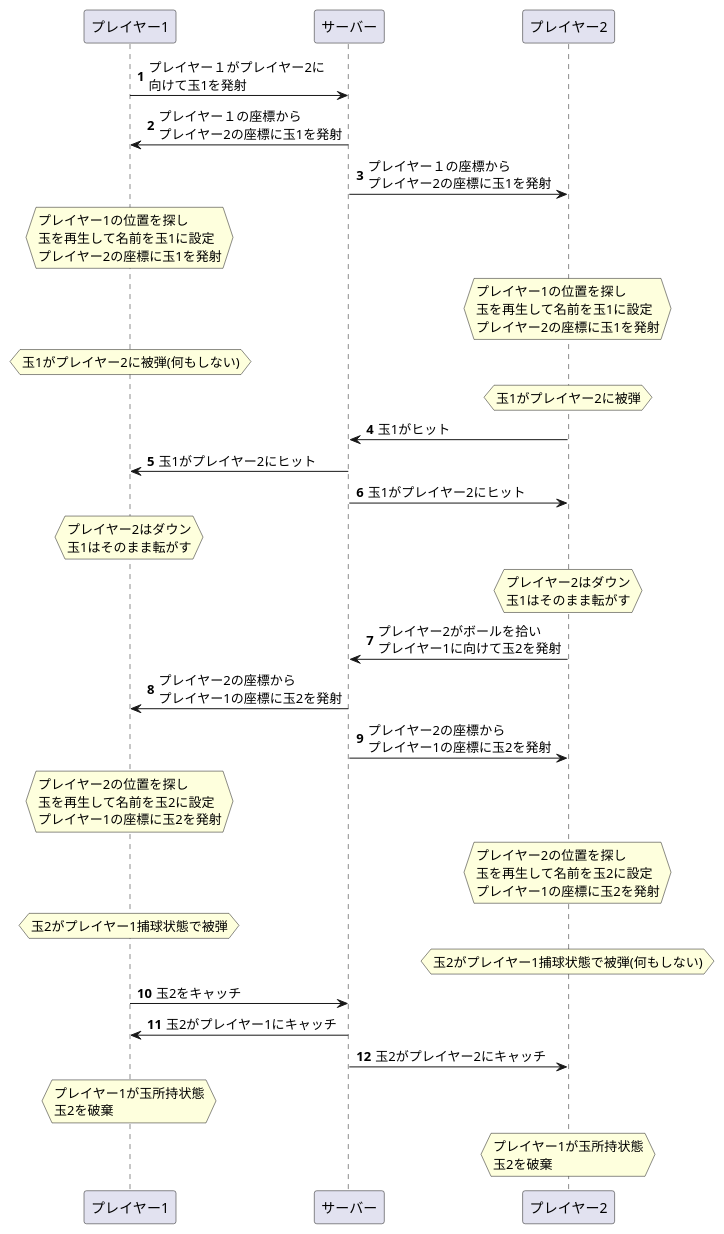
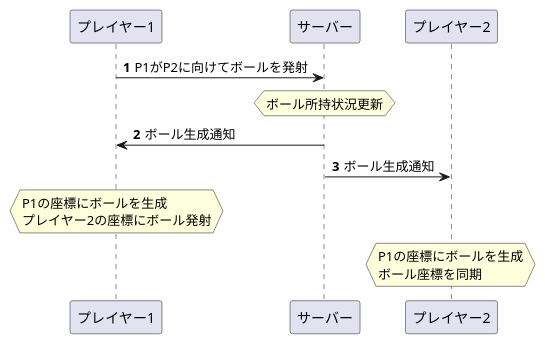
Before and after one commit to Neko-r1oN/real-timeGame: the diagram in Document/ThrowBall.puml, drawn with PlantUML. The commit also changed 6 other files, not shown here.

Commit message:
シーケンス図整理

```diff
--- a/Document/ThrowBall.puml
+++ b/Document/ThrowBall.puml
@@ -1,49 +1,19 @@
 @startuml
 
 'botシーケンス図'
 
 participant プレイヤー1
 participant サーバー
 participant プレイヤー2
 
 autonumber
-プレイヤー1 -> サーバー:プレイヤー１がプレイヤー2に\n向けて玉1を発射
-プレイヤー1 <- サーバー:プレイヤー１の座標から\nプレイヤー2の座標に玉1を発射
-プレイヤー2 <- サーバー:プレイヤー１の座標から\nプレイヤー2の座標に玉1を発射
+プレイヤー1 -> サーバー:P1がP2に向けてボールを発射
+hnote over サーバー : ボール所持状況更新
+プレイヤー1 <- サーバー:ボール生成通知
+プレイヤー2 <- サーバー:ボール生成通知
 
-hnote over プレイヤー1 : プレイヤー1の位置を探し\n玉を再生して名前を玉1に設定\nプレイヤー2の座標に玉1を発射
-hnote over プレイヤー2 : プレイヤー1の位置を探し\n玉を再生して名前を玉1に設定\nプレイヤー2の座標に玉1を発射
-
-hnote over プレイヤー1 : 玉1がプレイヤー2に被弾(何もしない)
-hnote over プレイヤー2 : 玉1がプレイヤー2に被弾
-プレイヤー2 -> サーバー:玉1がヒット
-
-プレイヤー1 <- サーバー:玉1がプレイヤー2にヒット
-プレイヤー2 <- サーバー:玉1がプレイヤー2にヒット
-
-hnote over プレイヤー1 : プレイヤー2はダウン\n玉1はそのまま転がす
-hnote over プレイヤー2 : プレイヤー2はダウン\n玉1はそのまま転がす
-
-
-
-
-プレイヤー2 -> サーバー:プレイヤー2がボールを拾い\nプレイヤー1に向けて玉2を発射
-プレイヤー1 <- サーバー:プレイヤー2の座標から\nプレイヤー1の座標に玉2を発射
-プレイヤー2 <- サーバー:プレイヤー2の座標から\nプレイヤー1の座標に玉2を発射
-
-hnote over プレイヤー1 : プレイヤー2の位置を探し\n玉を再生して名前を玉2に設定\nプレイヤー1の座標に玉2を発射
-hnote over プレイヤー2 : プレイヤー2の位置を探し\n玉を再生して名前を玉2に設定\nプレイヤー1の座標に玉2を発射
-
-hnote over プレイヤー1 : 玉2がプレイヤー1捕球状態で被弾
-hnote over プレイヤー2 : 玉2がプレイヤー1捕球状態で被弾(何もしない)
-
-プレイヤー1 -> サーバー:玉2をキャッチ
-
-プレイヤー1 <- サーバー:玉2がプレイヤー1にキャッチ
-プレイヤー2 <- サーバー:玉2がプレイヤー2にキャッチ
-
-hnote over プレイヤー1 : プレイヤー1が玉所持状態\n玉2を破棄
-hnote over プレイヤー2 : プレイヤー1が玉所持状態\n玉2を破棄
+hnote over プレイヤー1 : P1の座標にボールを生成\nプレイヤー2の座標にボール発射
+hnote over プレイヤー2 : P1の座標にボールを生成\nボール座標を同期
 
 
 @enduml
```
